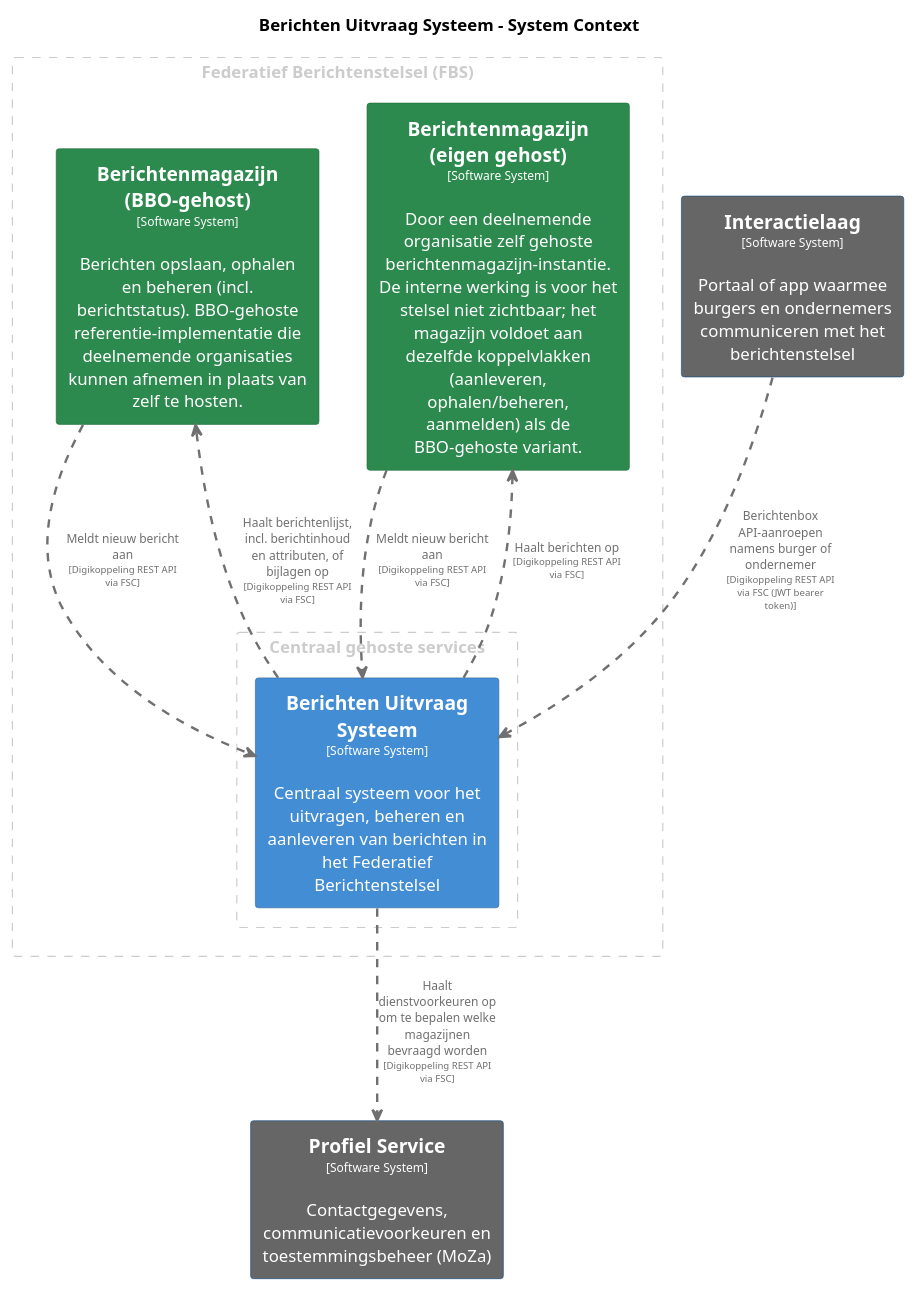
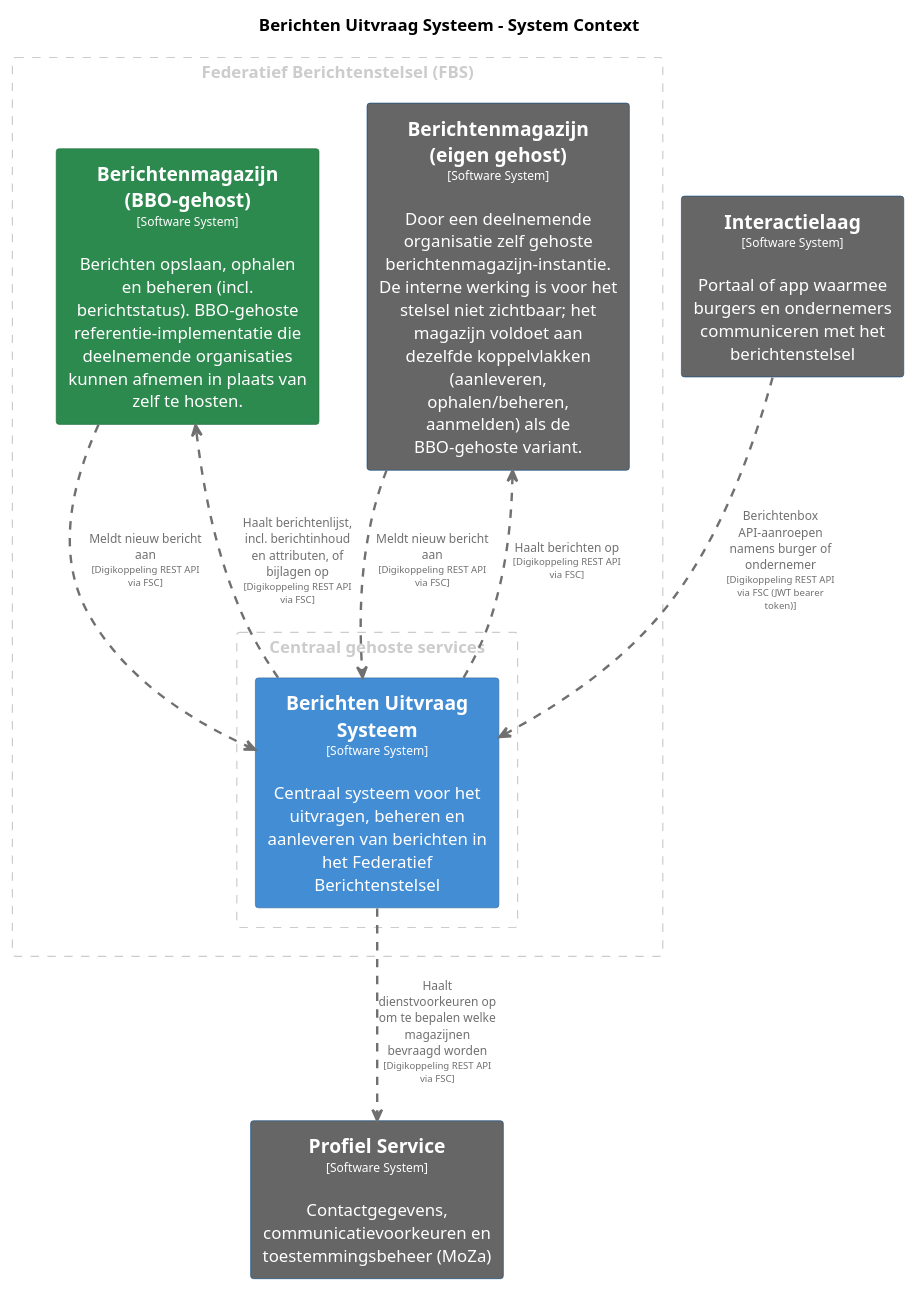
The diagram in pr-preview/pr-95/master/puml/BerichtenUitvraagSysteem.puml (MinBZK/moza-poc-fbs-berichtenbox), drawn with PlantUML before and after one commit. The commit also changed 81 other files, not shown here.

```diff
--- a/pr-preview/pr-95/master/puml/BerichtenUitvraagSysteem.puml
+++ b/pr-preview/pr-95/master/puml/BerichtenUitvraagSysteem.puml
@@ -1,75 +1,75 @@
 @startuml
 set separator none
 title Berichten Uitvraag Systeem - System Context
 
 top to bottom direction
 skinparam ranksep 60
 skinparam nodesep 30
 
 skinparam {
   arrowFontSize 10
   defaultTextAlignment center
   wrapWidth 200
   maxMessageSize 100
 }
 
 hide stereotype
 
 skinparam rectangle<<BerichtenUitvraagSysteem>> {
   BackgroundColor #438dd5
   FontColor #ffffff
   BorderColor #2e6295
   shadowing false
 }
 skinparam rectangle<<BerichtenmagazijnBBOgehost>> {
   BackgroundColor #2d8a4e
   FontColor #ffffff
   BorderColor #1e6b38
   shadowing false
 }
 skinparam rectangle<<Berichtenmagazijneigengehost>> {
-  BackgroundColor #2d8a4e
+  BackgroundColor #666666
   FontColor #ffffff
-  BorderColor #1e6b38
+  BorderColor #0b4884
   shadowing false
 }
 skinparam rectangle<<Interactielaag>> {
   BackgroundColor #666666
   FontColor #ffffff
   BorderColor #0b4884
   shadowing false
 }
 skinparam rectangle<<ProfielService>> {
   BackgroundColor #666666
   FontColor #ffffff
   BorderColor #0b4884
   shadowing false
 }
 
 rectangle "Federatief Berichtenstelsel (FBS)" <<group1>> as group1 {
   skinparam RectangleBorderColor<<group1>> #cccccc
   skinparam RectangleFontColor<<group1>> #cccccc
   skinparam RectangleBorderStyle<<group1>> dashed
 
   rectangle "==Berichtenmagazijn (eigen gehost)\n<size:10>[Software System]</size>\n\nDoor een deelnemende organisatie zelf gehoste berichtenmagazijn-instantie. De interne werking is voor het stelsel niet zichtbaar; het magazijn voldoet aan dezelfde koppelvlakken (aanleveren, ophalen/beheren, aanmelden) als de BBO-gehoste variant." <<Berichtenmagazijneigengehost>> as Berichtenmagazijneigengehost
   rectangle "==Berichtenmagazijn (BBO-gehost)\n<size:10>[Software System]</size>\n\nBerichten opslaan, ophalen en beheren (incl. berichtstatus). BBO-gehoste referentie-implementatie die deelnemende organisaties kunnen afnemen in plaats van zelf te hosten." <<BerichtenmagazijnBBOgehost>> as BerichtenmagazijnBBOgehost
     rectangle "Centraal gehoste services" <<group2>> as group2 {
       skinparam RectangleBorderColor<<group2>> #cccccc
       skinparam RectangleFontColor<<group2>> #cccccc
       skinparam RectangleBorderStyle<<group2>> dashed
 
       rectangle "==Berichten Uitvraag Systeem\n<size:10>[Software System]</size>\n\nCentraal systeem voor het uitvragen, beheren en aanleveren van berichten in het Federatief Berichtenstelsel" <<BerichtenUitvraagSysteem>> as BerichtenUitvraagSysteem
     }
 
 }
 
 rectangle "==Profiel Service\n<size:10>[Software System]</size>\n\nContactgegevens, communicatievoorkeuren en toestemmingsbeheer (MoZa)" <<ProfielService>> as ProfielService
 rectangle "==Interactielaag\n<size:10>[Software System]</size>\n\nPortaal of app waarmee burgers en ondernemers communiceren met het berichtenstelsel" <<Interactielaag>> as Interactielaag
 
+BerichtenUitvraagSysteem .[#707070,thickness=2].> BerichtenmagazijnBBOgehost : "<color:#707070>Haalt berichtenlijst, incl. berichtinhoud en attributen, of bijlagen op\n<color:#707070><size:8>[Digikoppeling REST API via FSC]</size>"
 BerichtenmagazijnBBOgehost .[#707070,thickness=2].> BerichtenUitvraagSysteem : "<color:#707070>Meldt nieuw bericht aan\n<color:#707070><size:8>[Digikoppeling REST API via FSC]</size>"
 Berichtenmagazijneigengehost .[#707070,thickness=2].> BerichtenUitvraagSysteem : "<color:#707070>Meldt nieuw bericht aan\n<color:#707070><size:8>[Digikoppeling REST API via FSC]</size>"
 BerichtenUitvraagSysteem .[#707070,thickness=2].> Berichtenmagazijneigengehost : "<color:#707070>Haalt berichten op\n<color:#707070><size:8>[Digikoppeling REST API via FSC]</size>"
 BerichtenUitvraagSysteem .[#707070,thickness=2].> ProfielService : "<color:#707070>Haalt dienstvoorkeuren op om te bepalen welke magazijnen bevraagd worden\n<color:#707070><size:8>[Digikoppeling REST API via FSC]</size>"
 Interactielaag .[#707070,thickness=2].> BerichtenUitvraagSysteem : "<color:#707070>Berichtenbox API-aanroepen namens burger of ondernemer\n<color:#707070><size:8>[Digikoppeling REST API via FSC (JWT bearer token)]</size>"
-BerichtenUitvraagSysteem .[#707070,thickness=2].> BerichtenmagazijnBBOgehost : "<color:#707070>Haalt berichtenlijst, incl. berichtinhoud en attributen, of bijlagen op\n<color:#707070><size:8>[Digikoppeling REST API via FSC]</size>"
 @enduml
```
